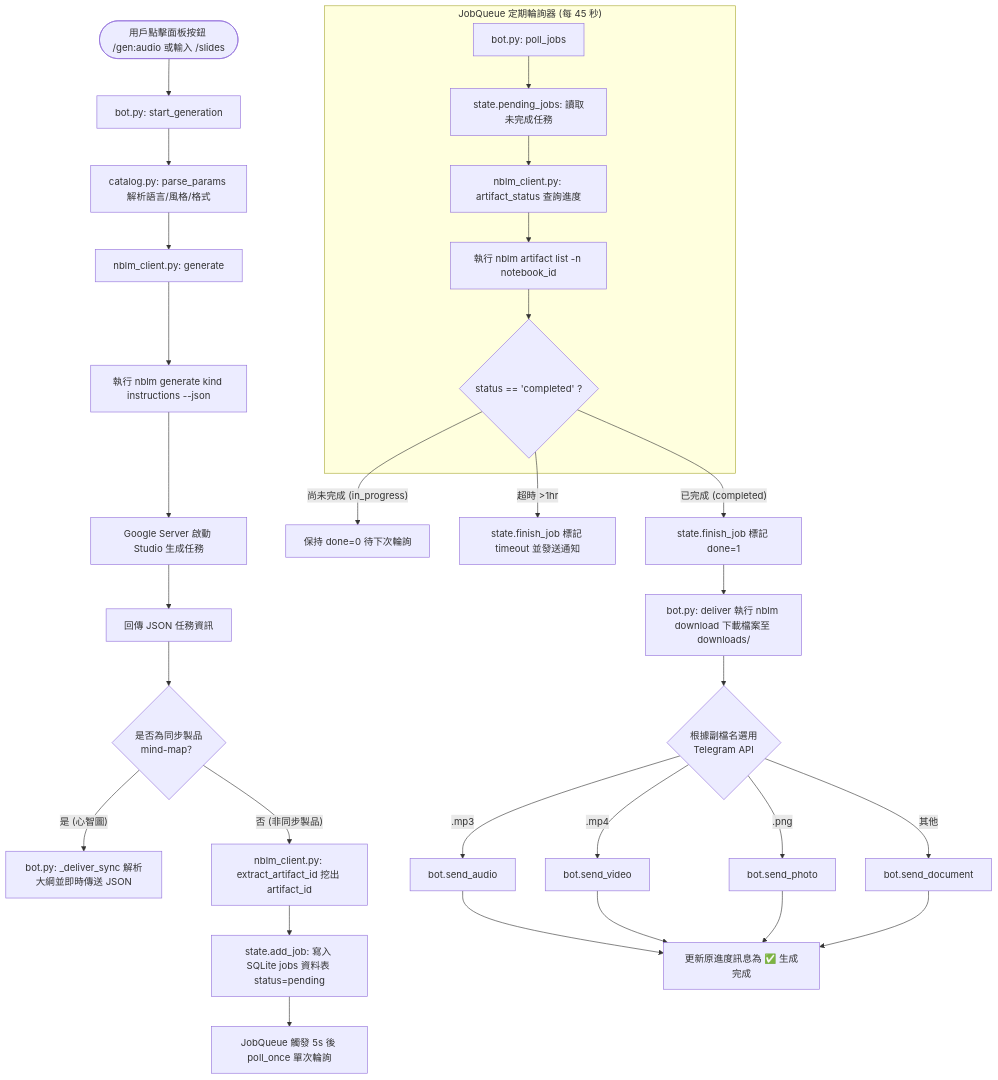
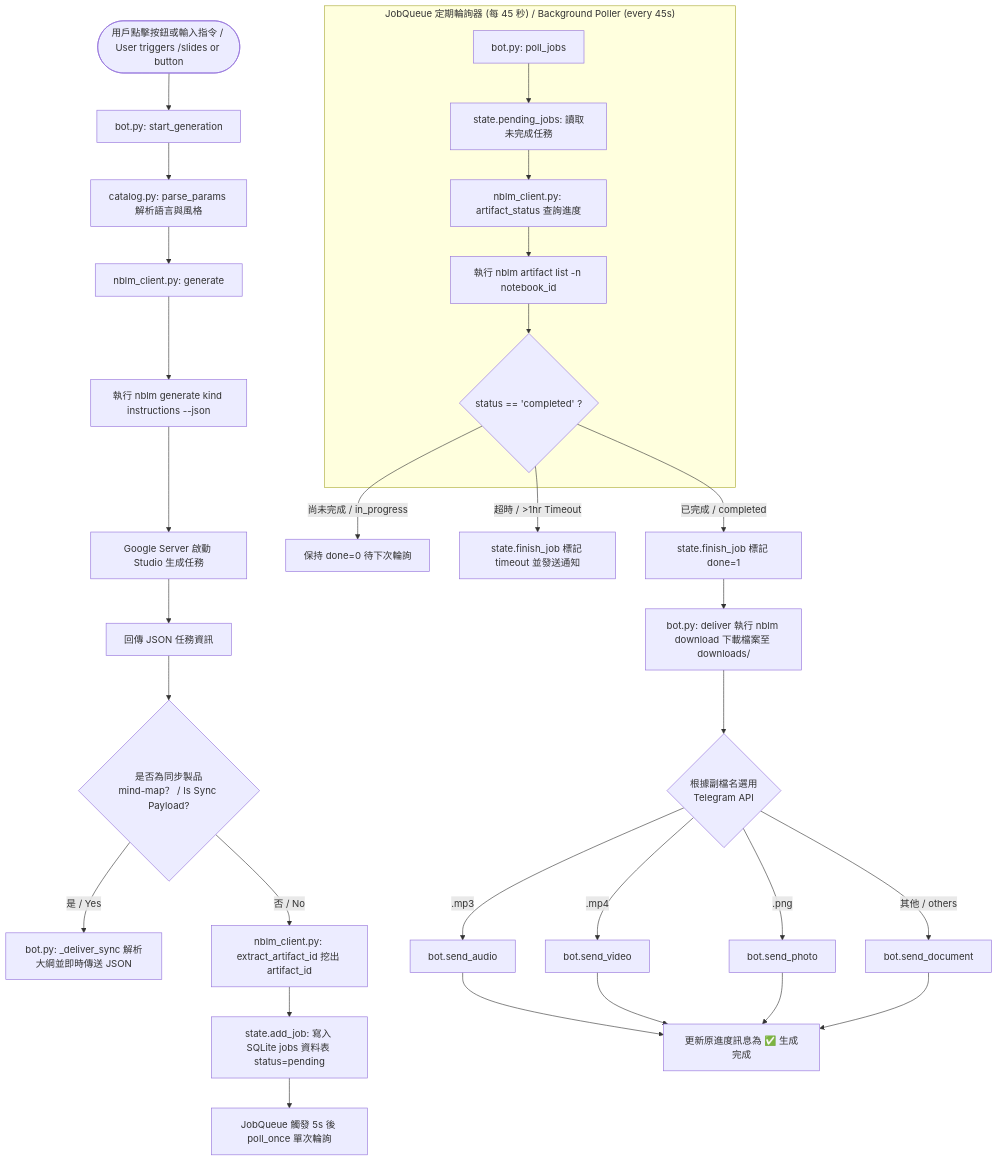
Before and after one commit to myyang19770915/TG_notebook: the third of 4 diagrams in README.md, drawn with Mermaid. The commit also changed other lines of this file, not shown here.

````diff
--- a/README.md
+++ b/README.md
@@ -125,37 +129,37 @@
 ```mermaid
 flowchart TD
-    UserClick([用戶點擊面板按鈕 /gen:audio 或輸入 /slides]) --> GenStart[bot.py: start_generation]
-    GenStart --> ParseCatalog[catalog.py: parse_params 解析語言/風格/格式]
+    UserClick([用戶點擊按鈕或輸入指令 / User triggers /slides or button]) --> GenStart[bot.py: start_generation]
+    GenStart --> ParseCatalog[catalog.py: parse_params 解析語言與風格]
     ParseCatalog --> NblmGen[nblm_client.py: generate]
     NblmGen --> ExecGen[執行 nblm generate kind instructions --json]
     ExecGen --> GoogleGen[Google Server 啟動 Studio 生成任務]
     
     GoogleGen --> GenResp[回傳 JSON 任務資訊]
-    GenResp --> IsSync{是否為同步製品<br>mind-map？}
+    GenResp --> IsSync{是否為同步製品<br>mind-map？ / Is Sync Payload?}
     
-    IsSync -- 是 (心智圖) --> DeliverSync[bot.py: _deliver_sync 解析大綱並即時傳送 JSON]
-    IsSync -- 否 (非同步製品) --> ExtractID[nblm_client.py: extract_artifact_id 挖出 artifact_id]
+    IsSync -- 是 / Yes --> DeliverSync[bot.py: _deliver_sync 解析大綱並即時傳送 JSON]
+    IsSync -- 否 / No --> ExtractID[nblm_client.py: extract_artifact_id 挖出 artifact_id]
     
     ExtractID --> AddJobDB[state.add_job: 寫入 SQLite jobs 資料表 status=pending]
     AddJobDB --> FastPoll[JobQueue 觸發 5s 後 poll_once 單次輪詢]
     
-    subgraph Background_Poller ["JobQueue 定期輪詢器 (每 45 秒)"]
+    subgraph Background_Poller ["JobQueue 定期輪詢器 (每 45 秒) / Background Poller (every 45s)"]
         PollerLoop[bot.py: poll_jobs] --> GetPending[state.pending_jobs: 讀取未完成任務]
         GetPending --> CheckStatus[nblm_client.py: artifact_status 查詢進度]
         CheckStatus --> SubprocStatus[執行 nblm artifact list -n notebook_id]
         SubprocStatus --> StatusCheck{"status == 'completed' ?"}
     end
     
-    StatusCheck -- 尚未完成 (in_progress) --> KeepPending[保持 done=0 待下次輪詢]
-    StatusCheck -- 超時 >1hr --> TimeoutJob[state.finish_job 標記 timeout 並發送通知]
-    StatusCheck -- 已完成 (completed) --> FinishJob[state.finish_job 標記 done=1]
+    StatusCheck -- 尚未完成 / in_progress --> KeepPending[保持 done=0 待下次輪詢]
+    StatusCheck -- 超時 / >1hr Timeout --> TimeoutJob[state.finish_job 標記 timeout 並發送通知]
+    StatusCheck -- 已完成 / completed --> FinishJob[state.finish_job 標記 done=1]
     
     FinishJob --> Deliver[bot.py: deliver 執行 nblm download 下載檔案至 downloads/]
     Deliver --> SendMedia{根據副檔名選用<br>Telegram API}
     SendMedia -- .mp3 --> SendAudio[bot.send_audio]
     SendMedia -- .mp4 --> SendVideo[bot.send_video]
     SendMedia -- .png --> SendPhoto[bot.send_photo]
-    SendMedia -- 其他 --> SendDoc[bot.send_document]
+    SendMedia -- 其他 / others --> SendDoc[bot.send_document]
     
     SendAudio & SendVideo & SendPhoto & SendDoc --> UpdateMsg[更新原進度訊息為 ✅ 生成完成]
 ```
````
